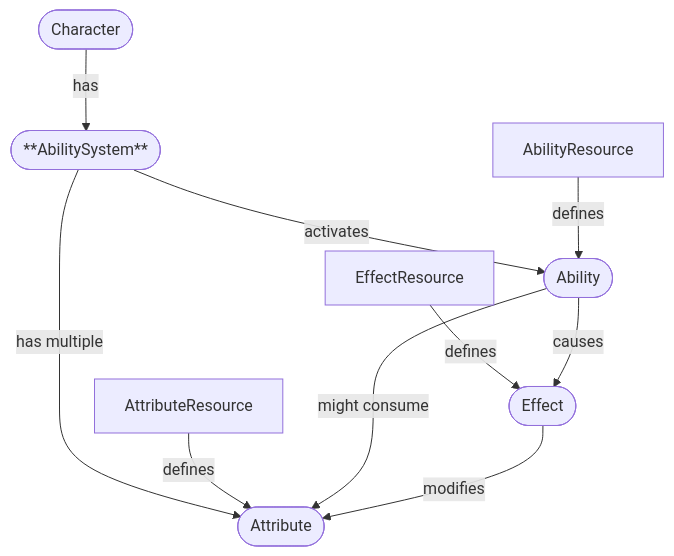
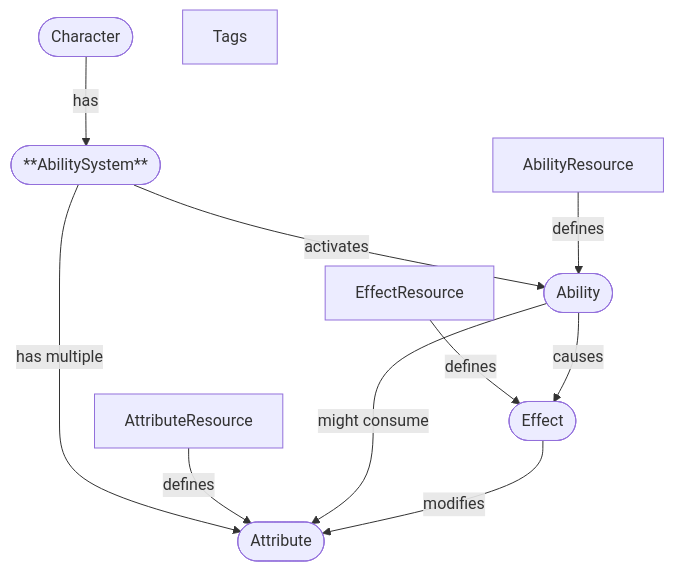
One commit to nilsiker/abilute changed the first of 2 diagrams in README.md. Above: the diagram before and after it, drawn with Mermaid. The commit also changed other lines of this file, not shown here.

````diff
--- a/README.md
+++ b/README.md
@@ -17,27 +17,26 @@
 ```mermaid
 graph TB
 chr([Character])
 acs([**AbilitySystem**])
 at([Attribute])
 atr[AttributeResource]
 er[EffectResource]
 e([Effect])
 abr[AbilityResource]
 ab([Ability])
+tags[Tags]
 
 chr--has-->acs
 
 acs--"has multiple"-->at
-
 acs--"activates"-->ab
 
 atr--"defines"-->at
 er--"defines"-->e
 abr--"defines"-->ab
 
 ab--"might consume"-->at
 ab--"causes"-->e
 
 e--"modifies"-->at
-
 ```
````
